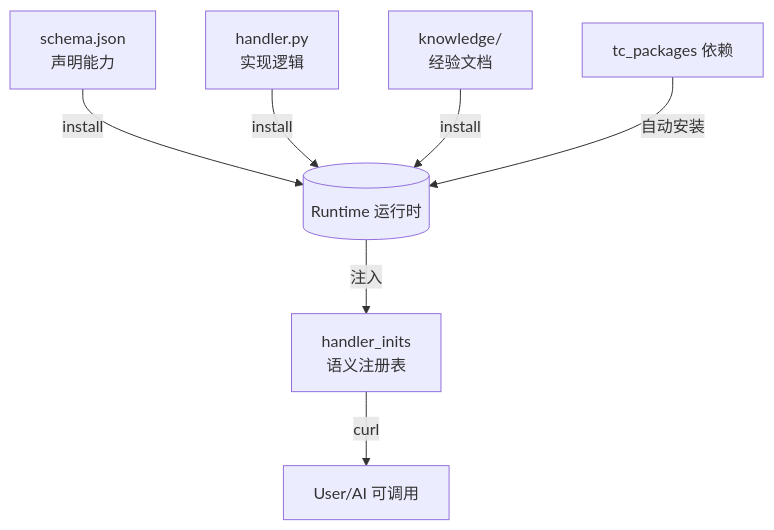
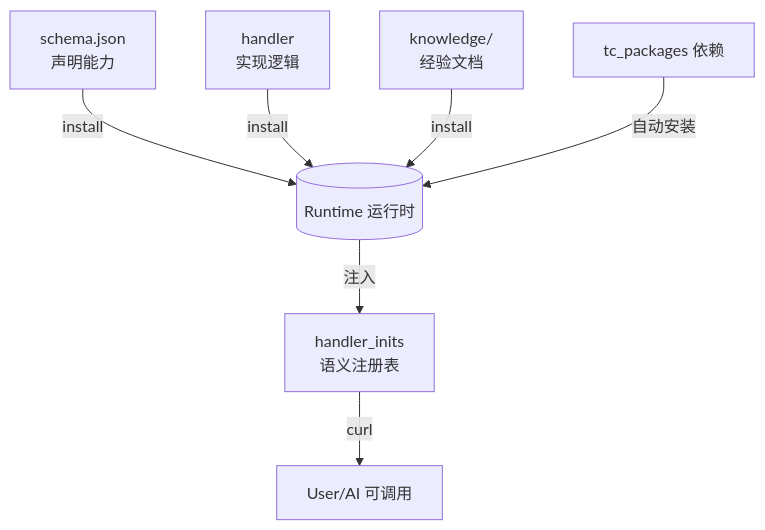
The first of 3 diagrams in README_zh.md (weihai-limh/text-cli), drawn with Mermaid before and after one commit. The commit also changed other lines of this file and 1202 other files, not shown here.

````diff
--- a/README_zh.md
+++ b/README_zh.md
@@ -167,9 +245,9 @@
 ```mermaid
 graph TD
     S[schema.json<br/>声明能力] -->|install| RT[(Runtime 运行时)]
-    H[handler.py<br/>实现逻辑] -->|install| RT
+    H[handler<br/>实现逻辑] -->|install| RT
     K[knowledge/<br/>经验文档] -->|install| RT
     T[tc_packages 依赖] -->|自动安装| RT
     RT -->|注入| REG[handler_inits<br/>语义注册表]
     REG -->|curl| U[User/AI 可调用]
 ```
````
